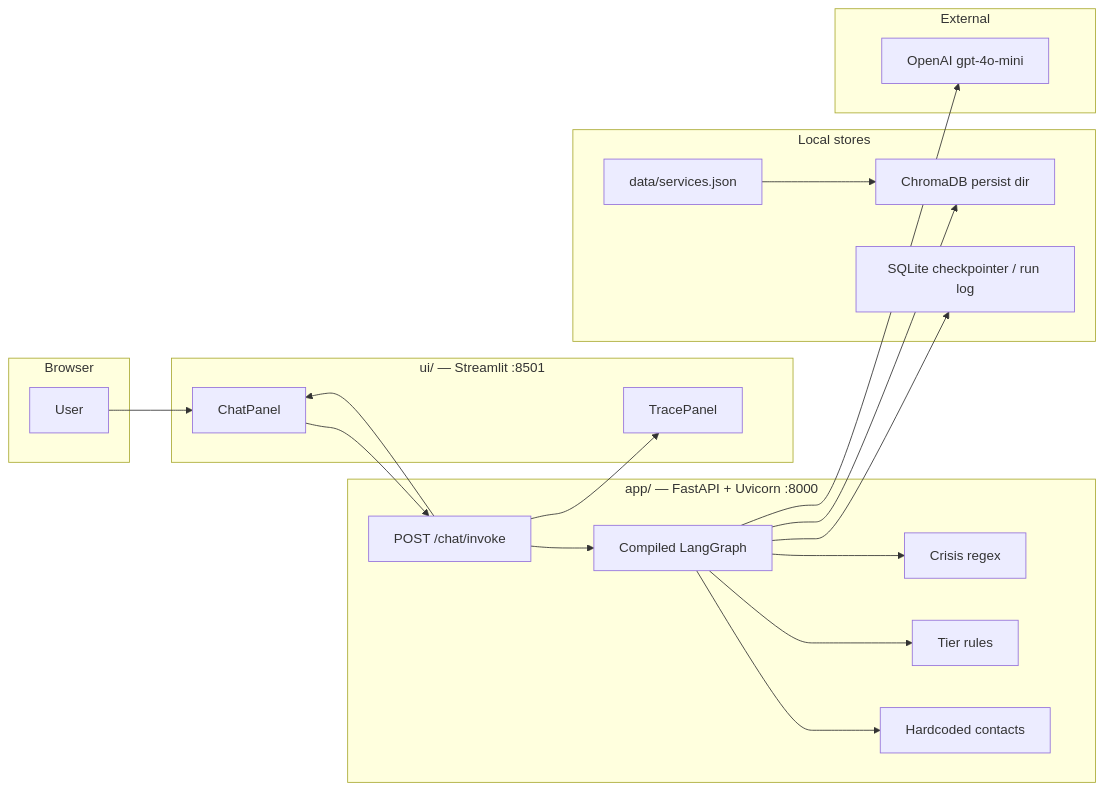
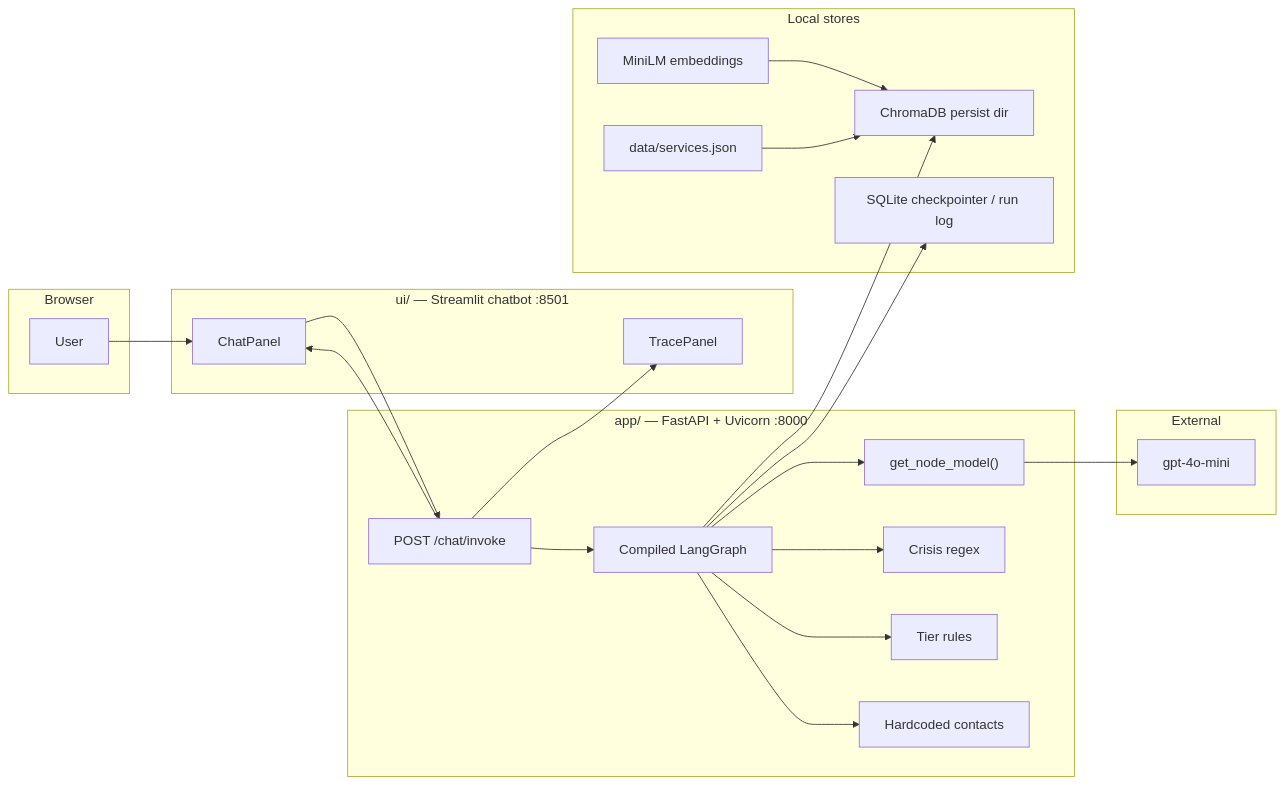
Before and after one commit to Codemelia/project-lintel: the first of 6 diagrams in docs/system-design.md, drawn with Mermaid. The commit also changed other lines of this file and 26 other files, not shown here.

Commit message:
UP update plan + scaffold schema, data, models

````diff
--- a/docs/system-design.md
+++ b/docs/system-design.md
@@ -24,42 +26,46 @@
 ```mermaid
 flowchart LR
   subgraph browser [Browser]
     User
   end
 
-  subgraph uiProc ["ui/ — Streamlit :8501"]
+  subgraph uiProc ["ui/ — Streamlit chatbot :8501"]
     ChatPanel
     TracePanel
   end
 
   subgraph apiProc ["app/ — FastAPI + Uvicorn :8000"]
     HTTP["POST /chat/invoke"]
     Graph["Compiled LangGraph"]
+    Models["get_node_model()"]
     Regex["Crisis regex"]
     Rules["Tier rules"]
     Fallback["Hardcoded contacts"]
   end
 
   subgraph stores [Local stores]
     Chroma["ChromaDB persist dir"]
     SQLite["SQLite checkpointer / run log"]
     JSON["data/services.json"]
+    MiniLM["MiniLM embeddings"]
   end
 
   subgraph ext [External]
-    OpenAI["OpenAI gpt-4o-mini"]
+    OpenAI["gpt-4o-mini"]
   end
 
   User --> ChatPanel
   ChatPanel --> HTTP
   HTTP --> Graph
   Graph --> Regex
+  Graph --> Models
+  Models --> OpenAI
   Graph --> Rules
   Graph --> Fallback
-  Graph --> OpenAI
   Graph --> Chroma
   Graph --> SQLite
+  MiniLM --> Chroma
   JSON --> Chroma
   HTTP --> TracePanel
   HTTP --> ChatPanel
 ```
````
